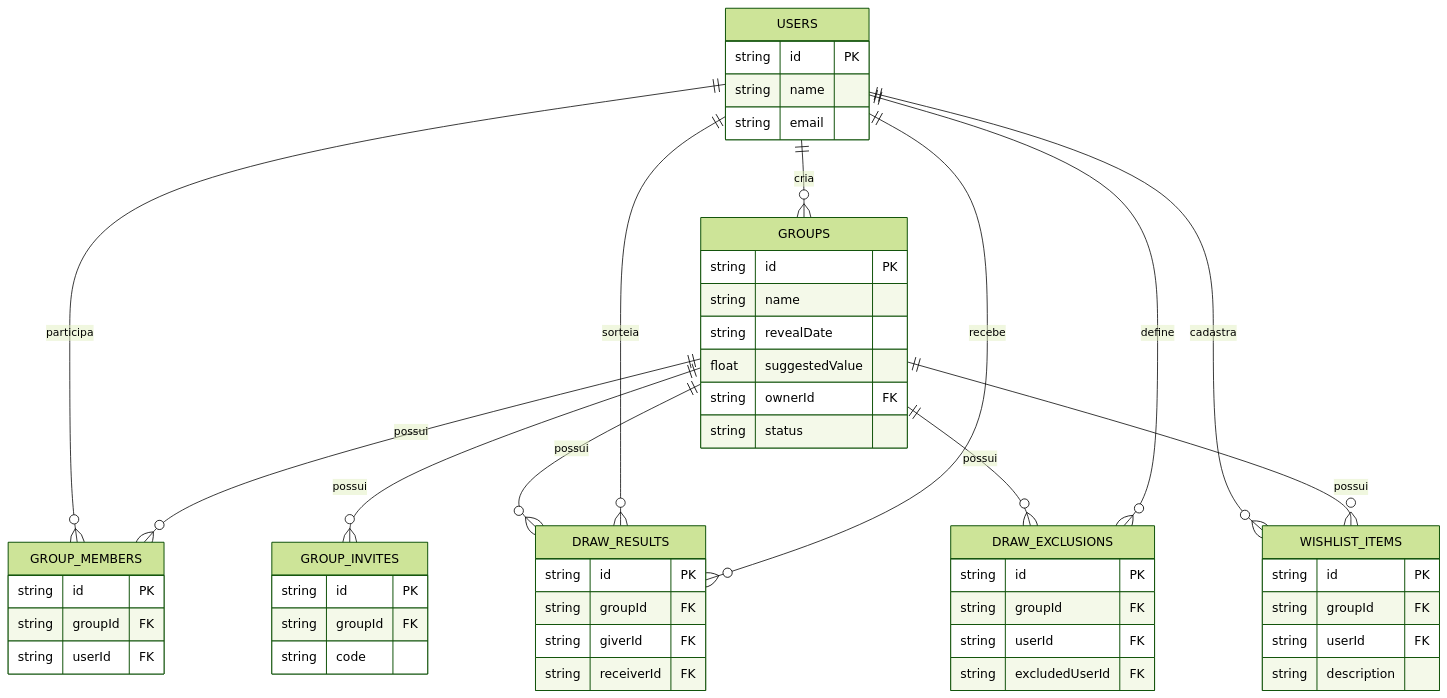
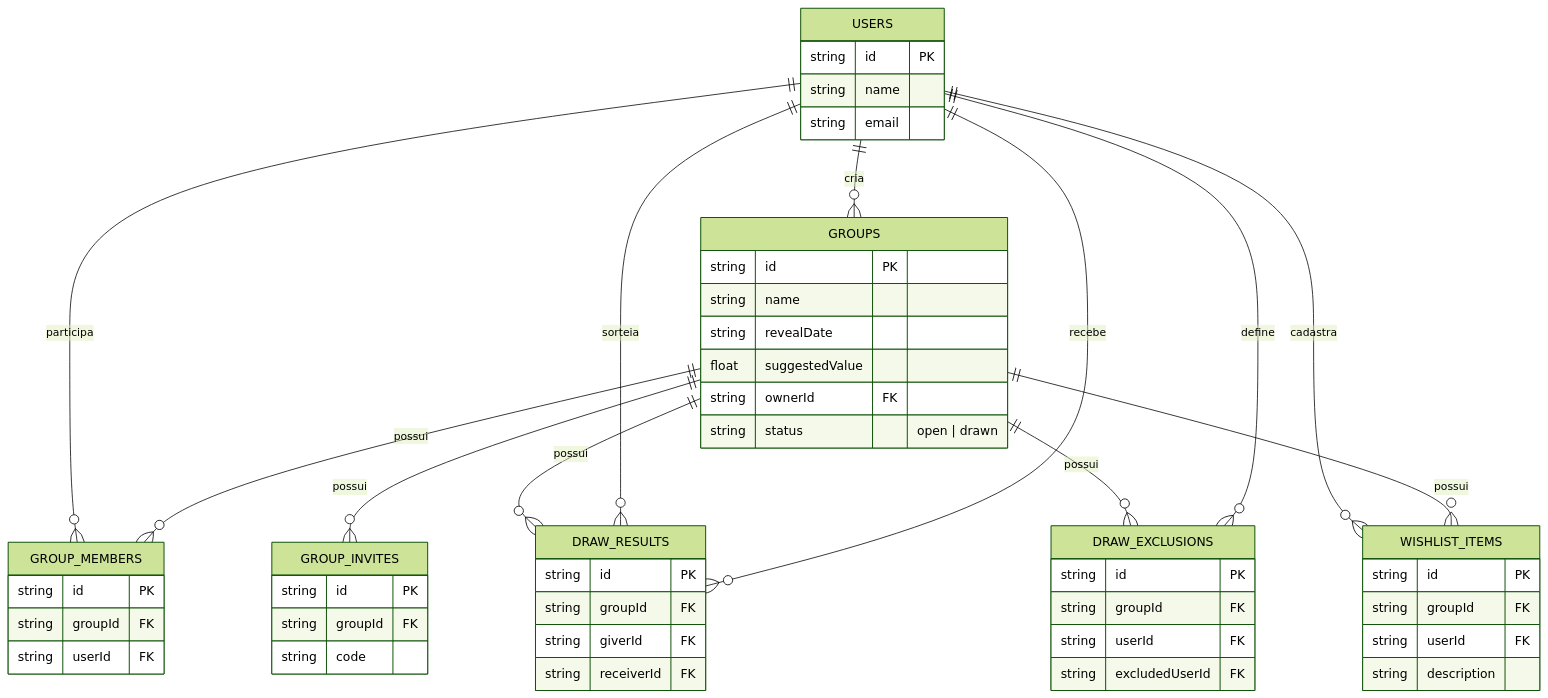
The diagram in docs/architecture.md (mery-helen/revela), drawn with Mermaid (forest theme) before and after one commit. The commit also changed other lines of this file and 1 other file, not shown here.

Commit message:
docs: arquitetura — estrutura, camada de dados, glossário técnico e ER

````diff
--- a/docs/architecture.md
+++ b/docs/architecture.md
@@ -311,62 +290,62 @@
 ```mermaid
 erDiagram
     USERS ||--o{ GROUPS : "cria"
     USERS ||--o{ GROUP_MEMBERS : "participa"
     GROUPS ||--o{ GROUP_MEMBERS : "possui"
     GROUPS ||--o{ GROUP_INVITES : "possui"
     GROUPS ||--o{ DRAW_RESULTS : "possui"
     USERS ||--o{ DRAW_RESULTS : "sorteia"
     USERS ||--o{ DRAW_RESULTS : "recebe"
     GROUPS ||--o{ DRAW_EXCLUSIONS : "possui"
     USERS ||--o{ DRAW_EXCLUSIONS : "define"
     USERS ||--o{ WISHLIST_ITEMS : "cadastra"
     GROUPS ||--o{ WISHLIST_ITEMS : "possui"
 
     USERS {
         string id PK
         string name
         string email
     }
 
     GROUPS {
         string id PK
         string name
         string revealDate
         float suggestedValue
         string ownerId FK
-        string status
+        string status "open | drawn"
     }
 
     GROUP_MEMBERS {
         string id PK
         string groupId FK
         string userId FK
     }
 
     GROUP_INVITES {
         string id PK
         string groupId FK
         string code
     }
 
     DRAW_RESULTS {
         string id PK
         string groupId FK
         string giverId FK
         string receiverId FK
     }
 
     DRAW_EXCLUSIONS {
         string id PK
         string groupId FK
         string userId FK
         string excludedUserId FK
     }
 
     WISHLIST_ITEMS {
         string id PK
         string groupId FK
         string userId FK
         string description
     }
 ```
````
